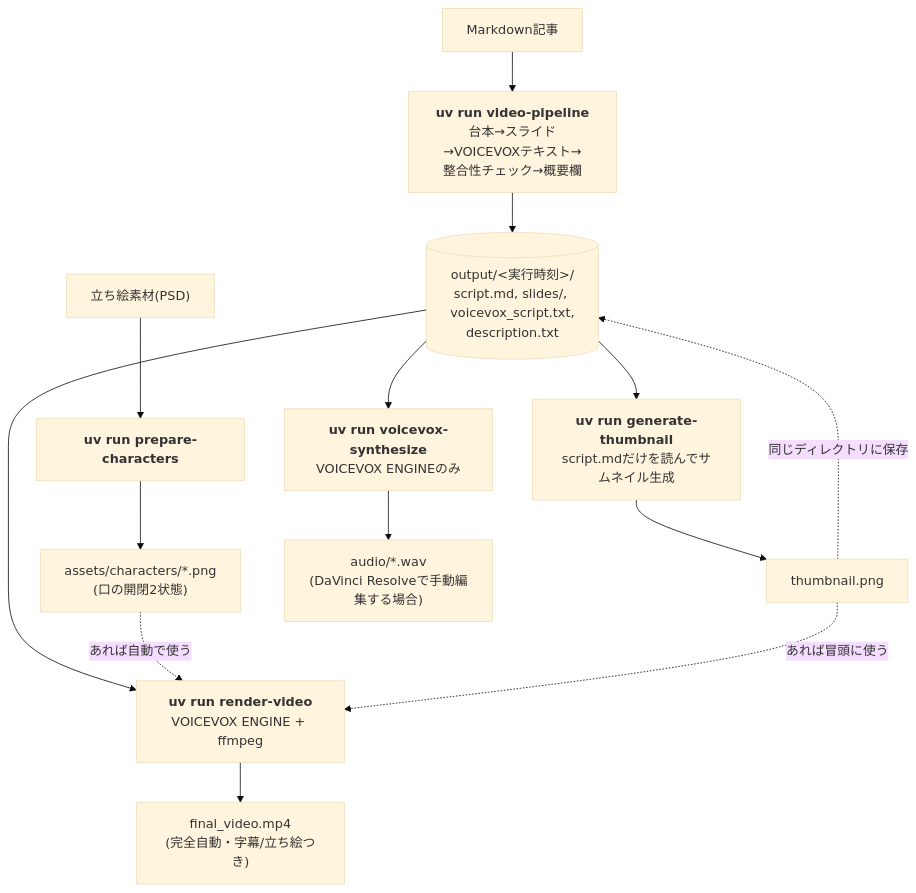
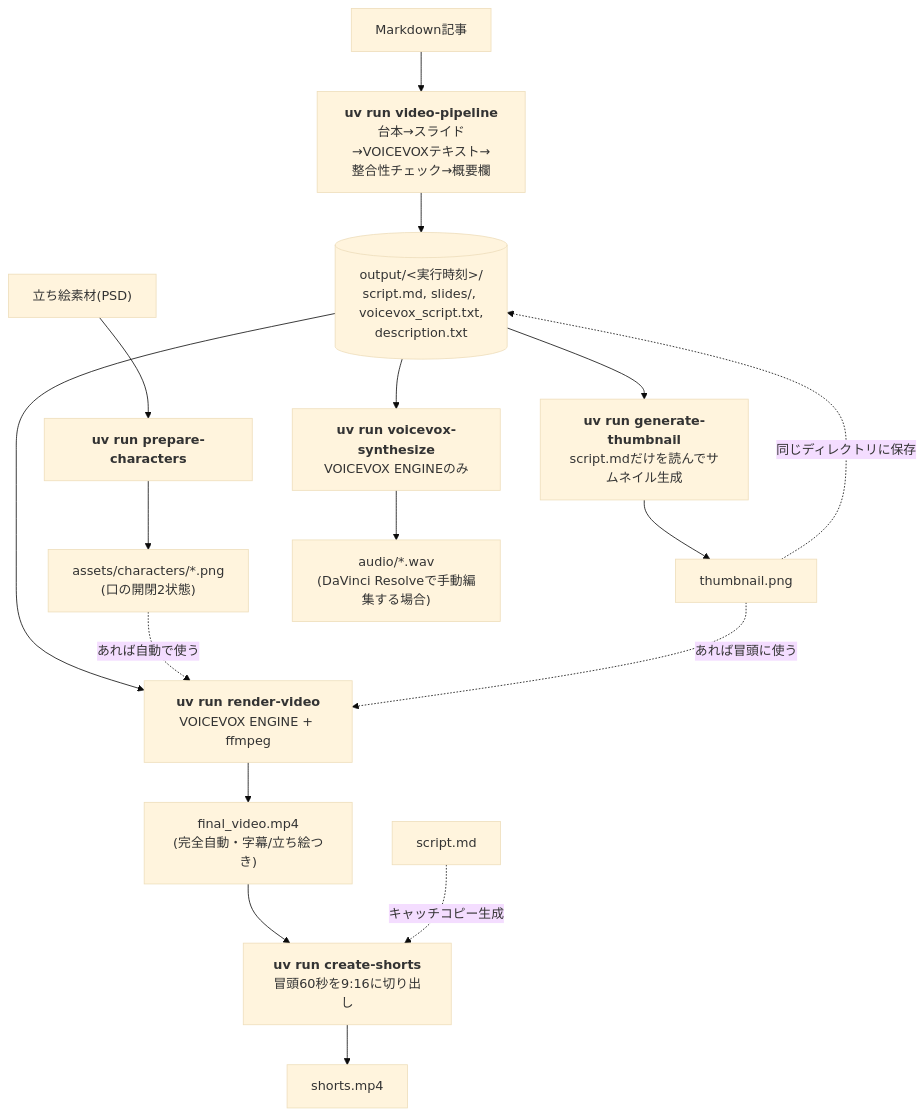
The first of 3 diagrams in README.md (Ken-kichi/video-pipeline), drawn with Mermaid (base theme) before and after one commit. The commit also changed other lines of this file and 4 other files, not shown here.

````diff
--- a/README.md
+++ b/README.md
@@ -49,20 +52,24 @@
 ```mermaid
 flowchart TD
     Article["Markdown記事"] --> VP["<b>uv run video-pipeline</b><br/>台本→スライド→VOICEVOXテキスト→<br/>整合性チェック→概要欄"]
     VP --> Out[("output/&lt;実行時刻&gt;/<br/>script.md, slides/, voicevox_script.txt,<br/>description.txt")]
 
     Out --> GT["<b>uv run generate-thumbnail</b><br/>script.mdだけを読んでサムネイル生成"]
     GT --> Thumb["thumbnail.png"]
     Thumb -.同じディレクトリに保存.-> Out
 
     PSD["立ち絵素材(PSD)"] --> PC["<b>uv run prepare-characters</b>"]
     PC --> Assets["assets/characters/*.png<br/>(口の開閉2状態)"]
 
     Out --> RV["<b>uv run render-video</b><br/>VOICEVOX ENGINE + ffmpeg"]
     Assets -.あれば自動で使う.-> RV
     Thumb -.あれば冒頭に使う.-> RV
     RV --> Final["final_video.mp4<br/>(完全自動・字幕/立ち絵つき)"]
 
     Out --> VS["<b>uv run voicevox-synthesize</b><br/>VOICEVOX ENGINEのみ"]
     VS --> Wav["audio/*.wav<br/>(DaVinci Resolveで手動編集する場合)"]
+
+    Final --> CS["<b>uv run create-shorts</b><br/>冒頭60秒を9:16に切り出し"]
+    Script["script.md"] -.キャッチコピー生成.-> CS
+    CS --> Shorts["shorts.mp4"]
 ```
````
